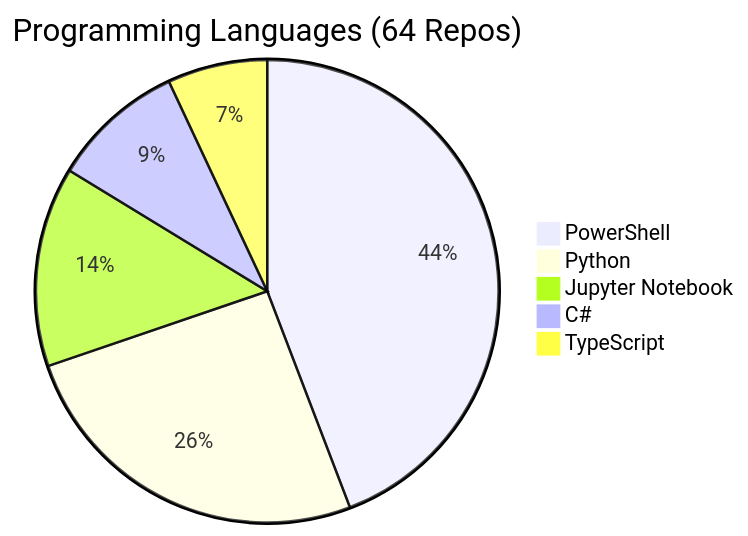
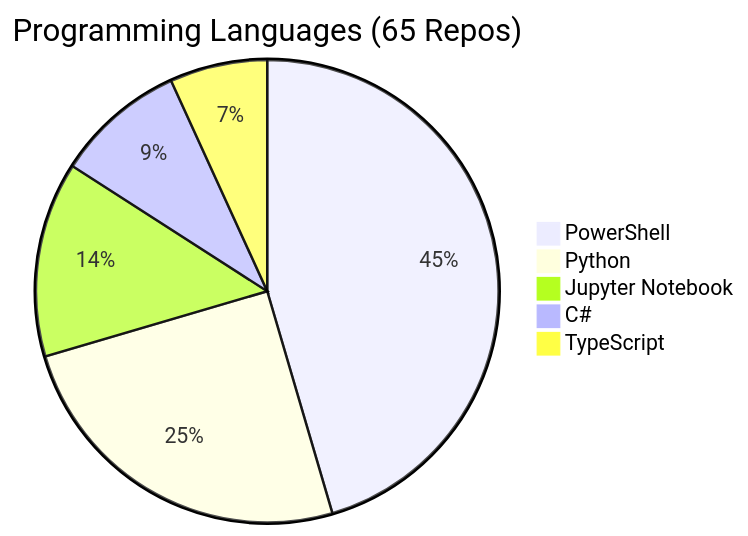
One commit to fabioc-aloha/fabioc-aloha changed the diagram in REPOS.md. Above: the diagram before and after it, drawn with Mermaid. The commit also changed other lines of this file and 1 other file, not shown here.

````diff
--- a/REPOS.md
+++ b/REPOS.md
@@ -107,8 +108,8 @@
 ```mermaid
-pie title Programming Languages (64 Repos)
-    "PowerShell" : 19
+pie title Programming Languages (65 Repos)
+    "PowerShell" : 20
     "Python" : 11
     "Jupyter Notebook" : 6
     "C#" : 4
     "TypeScript" : 3
 ```
````
